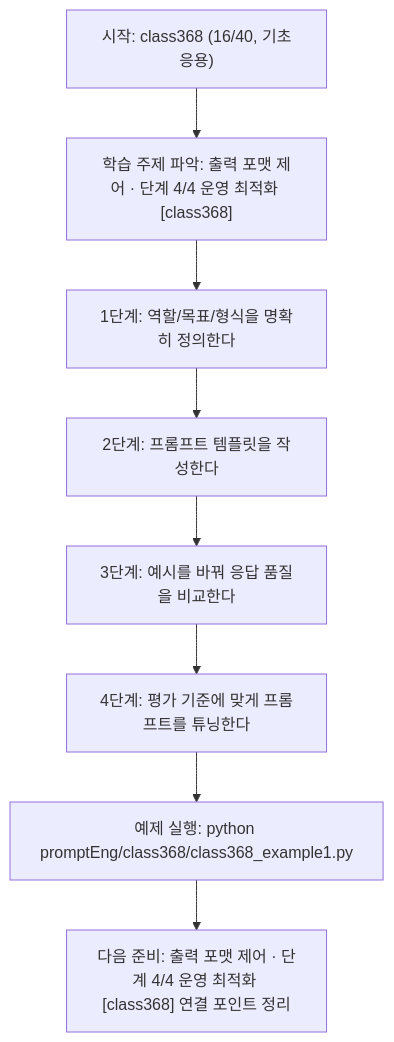
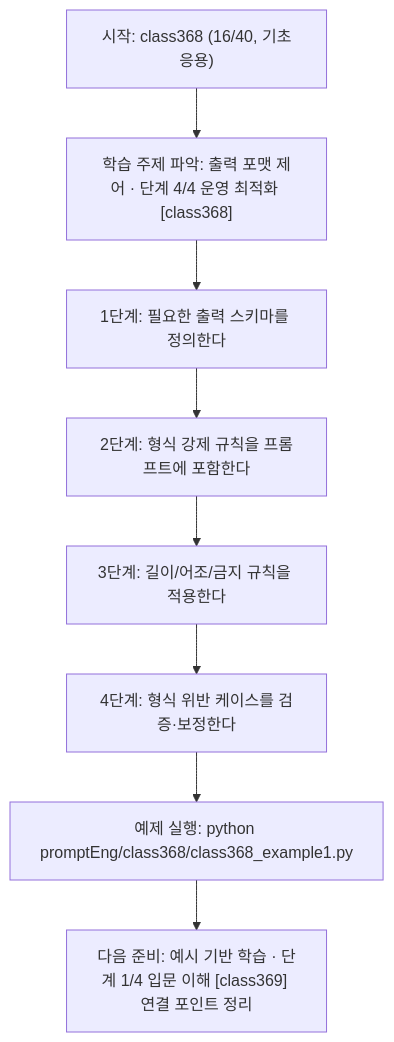
The diagram in promptEng/class368/class368.md (edumgt/Python-AI_Agent-Class), drawn with Mermaid before and after one commit. The commit also changed other lines of this file and 283 other files, not shown here.

````diff
--- a/promptEng/class368/class368.md
+++ b/promptEng/class368/class368.md
@@ -110,18 +91,18 @@
 ```mermaid
 flowchart TD
 N1["시작: class368 (16/40, 기초응용)"]
 N2["학습 주제 파악: 출력 포맷 제어 · 단계 4/4 운영 최적화 [class368]"]
-N3["1단계: 역할/목표/형식을 명확히 정의한다"]
-N4["2단계: 프롬프트 템플릿을 작성한다"]
-N5["3단계: 예시를 바꿔 응답 품질을 비교한다"]
-N6["4단계: 평가 기준에 맞게 프롬프트를 튜닝한다"]
+N3["1단계: 필요한 출력 스키마를 정의한다"]
+N4["2단계: 형식 강제 규칙을 프롬프트에 포함한다"]
+N5["3단계: 길이/어조/금지 규칙을 적용한다"]
+N6["4단계: 형식 위반 케이스를 검증·보정한다"]
 N7["예제 실행: python promptEng/class368/class368_example1.py"]
-N8["다음 준비: 출력 포맷 제어 · 단계 4/4 운영 최적화 [class368] 연결 포인트 정리"]
+N8["다음 준비: 예시 기반 학습 · 단계 1/4 입문 이해 [class369] 연결 포인트 정리"]
 N1 --> N2
 N2 --> N3
 N3 --> N4
 N4 --> N5
 N5 --> N6
 N6 --> N7
 N7 --> N8
 ```
````
